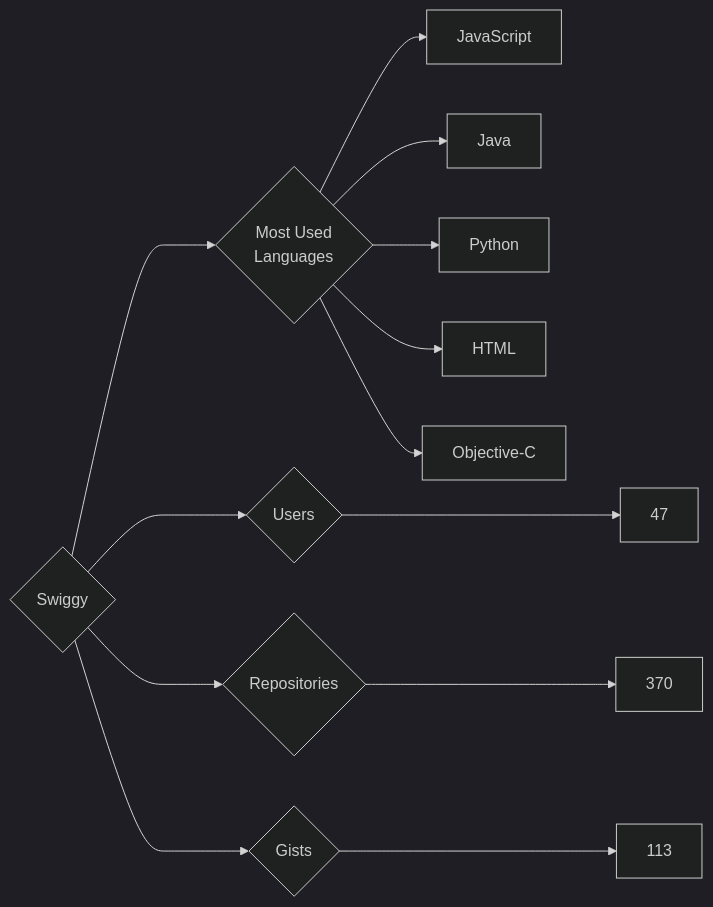
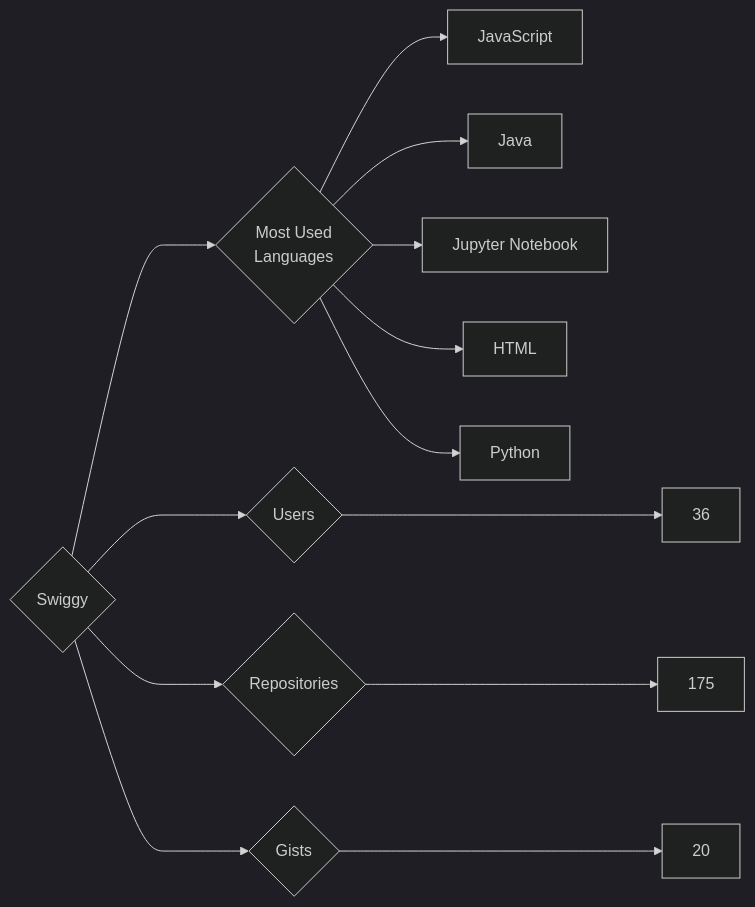
The diagram in targets/Swiggy/README.md (trickest/insiders), drawn with Mermaid (dark theme) before and after one commit. The commit also changed 773 other files, not shown here.

````diff
--- a/targets/Swiggy/README.md
+++ b/targets/Swiggy/README.md
@@ -3,13 +3,13 @@
 ```mermaid
 graph LR
 COMPANY_NAME{Swiggy}
-COMPANY_NAME ---> U{Users} ---> UN[47]
-COMPANY_NAME ---> R{Repositories} ---> RN[370]
-COMPANY_NAME ---> G{Gists} ---> GN[113]
+COMPANY_NAME ---> U{Users} ---> UN[36]
+COMPANY_NAME ---> R{Repositories} ---> RN[175]
+COMPANY_NAME ---> G{Gists} ---> GN[20]
 COMPANY_NAME ---> ML{Most Used<br>Languages}
 ML --> JavaScript[JavaScript]
 ML --> Java[Java]
+ML --> Jupyter_Notebook[Jupyter Notebook]
+ML --> HTML[HTML]
 ML --> Python[Python]
-ML --> HTML[HTML]
-ML --> Objective-C[Objective-C]
 ```
````
